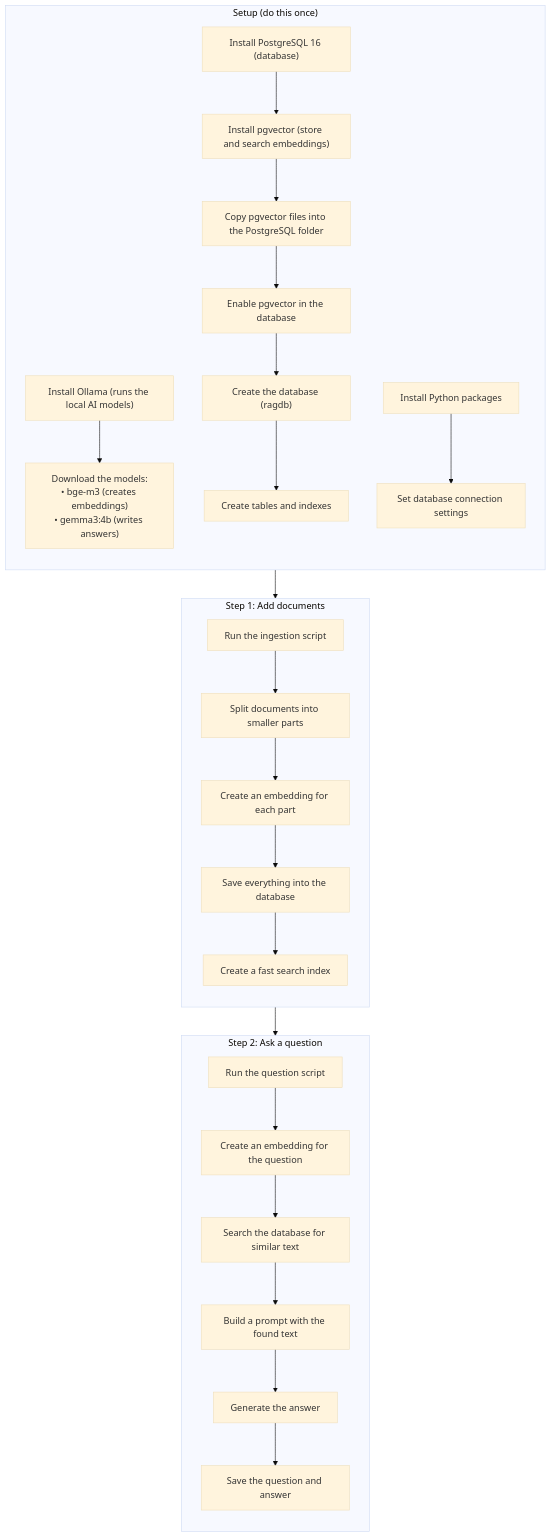
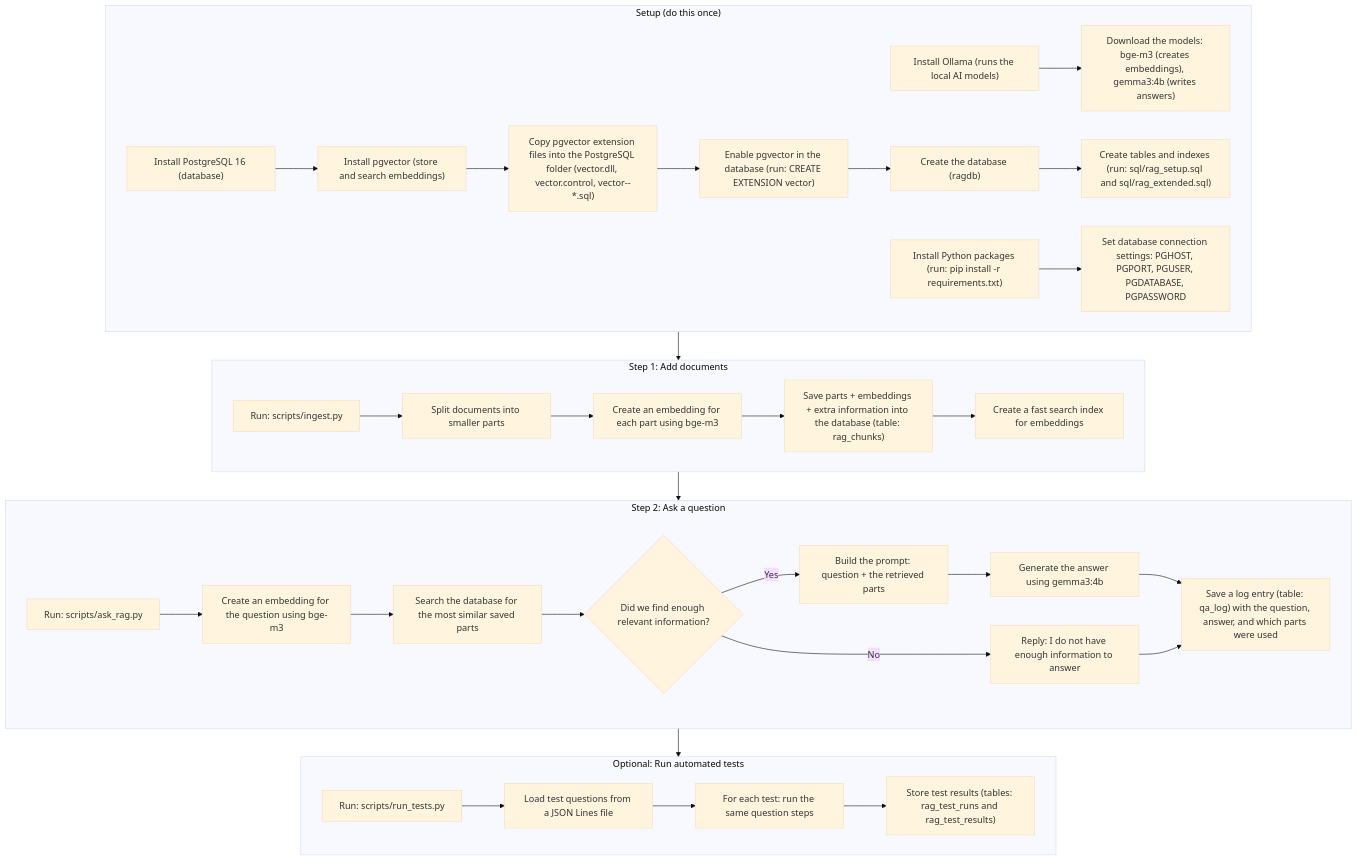
One commit to LauraAva/rag-ollama-set-up changed the diagram in docs/PROCESS_VISUALIZATION.md. Above: the diagram before and after it, drawn with Mermaid (base theme).

````diff
--- a/docs/PROCESS_VISUALIZATION.md
+++ b/docs/PROCESS_VISUALIZATION.md
@@ -5,54 +5,41 @@
 ```mermaid
 flowchart TD
 
 subgraph Setup["Setup (do this once)"]
-  direction TD
+  S1["Install Ollama (runs the local AI models)"] --> S2["Download the models: bge-m3 (creates embeddings), gemma3:4b (writes answers)"]
 
-  S1["Install Ollama (runs the local AI models)"]
-  S2["Download the models:<br/>• bge-m3 (creates embeddings)<br/>• gemma3:4b (writes answers)"]
-  S1 --> S2
+  S3["Install PostgreSQL 16 (database)"] --> S4["Install pgvector (store and search embeddings)"]
+  S4 --> S5["Copy pgvector extension files into the PostgreSQL folder (vector.dll, vector.control, vector--*.sql)"]
+  S5 --> S6["Enable pgvector in the database (run: CREATE EXTENSION vector)"]
+  S6 --> S7["Create the database (ragdb)"]
+  S7 --> S8["Create tables and indexes (run: sql/rag_setup.sql and sql/rag_extended.sql)"]
 
-  S3["Install PostgreSQL 16 (database)"]
-  S4["Install pgvector (store and search embeddings)"]
-  S3 --> S4
-
-  S5["Copy pgvector files into the PostgreSQL folder"]
-  S6["Enable pgvector in the database"]
-  S4 --> S5 --> S6
-
-  S7["Create the database (ragdb)"]
-  S8["Create tables and indexes"]
-  S6 --> S7 --> S8
-
-  S9["Install Python packages"]
-  S10["Set database connection settings"]
-  S9 --> S10
+  S9["Install Python packages (run: pip install -r requirements.txt)"] --> S10["Set database connection settings: PGHOST, PGPORT, PGUSER, PGDATABASE, PGPASSWORD"]
 end
 
 subgraph Ingest["Step 1: Add documents"]
-  direction TD
-
-  I1["Run the ingestion script"]
-  I2["Split documents into smaller parts"]
-  I3["Create an embedding for each part"]
-  I4["Save everything into the database"]
-  I5["Create a fast search index"]
-
-  I1 --> I2 --> I3 --> I4 --> I5
+  I1["Run: scripts/ingest.py"] --> I2["Split documents into smaller parts"]
+  I2 --> I3["Create an embedding for each part using bge-m3"]
+  I3 --> I4["Save parts + embeddings + extra information into the database (table: rag_chunks)"]
+  I4 --> I5["Create a fast search index for embeddings"]
 end
 
 subgraph Ask["Step 2: Ask a question"]
-  direction TD
-
-  A1["Run the question script"]
-  A2["Create an embedding for the question"]
-  A3["Search the database for similar text"]
-  A4["Build a prompt with the found text"]
-  A5["Generate the answer"]
-  A6["Save the question and answer"]
-
-  A1 --> A2 --> A3 --> A4 --> A5 --> A6
+  A1["Run: scripts/ask_rag.py"] --> A2["Create an embedding for the question using bge-m3"]
+  A2 --> A3["Search the database for the most similar saved parts"]
+  A3 --> G{"Did we find enough relevant information?"}
+  G -- "No" --> A4["Reply: I do not have enough information to answer"]
+  G -- "Yes" --> A5["Build the prompt: question + the retrieved parts"]
+  A5 --> A6["Generate the answer using gemma3:4b"]
+  A6 --> A7["Save a log entry (table: qa_log) with the question, answer, and which parts were used"]
+  A4 --> A7
 end
 
-Setup --> Ingest --> Ask
+subgraph Tests["Optional: Run automated tests"]
+  T1["Run: scripts/run_tests.py"] --> T2["Load test questions from a JSON Lines file"]
+  T2 --> T3["For each test: run the same question steps"]
+  T3 --> T4["Store test results (tables: rag_test_runs and rag_test_results)"]
+end
+
+Setup --> Ingest --> Ask --> Tests
 ```
````
